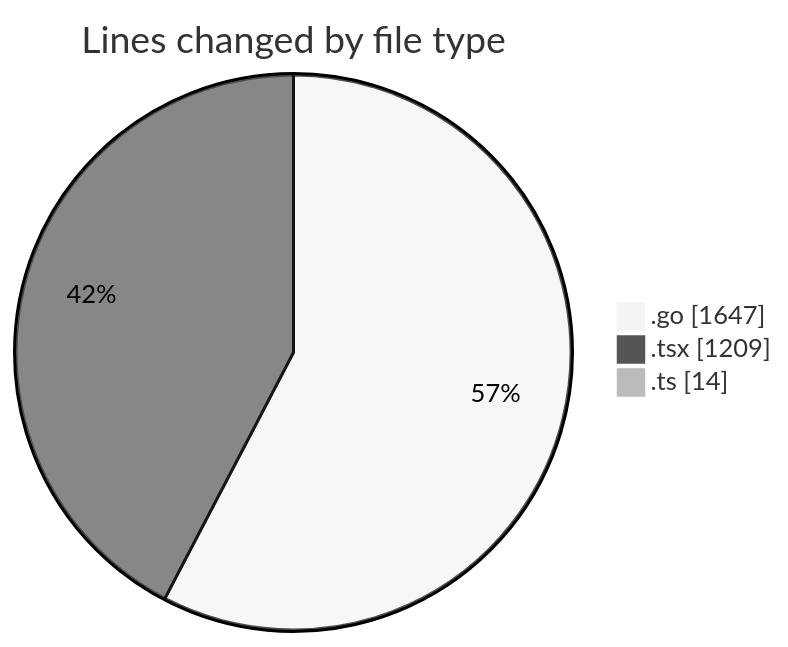
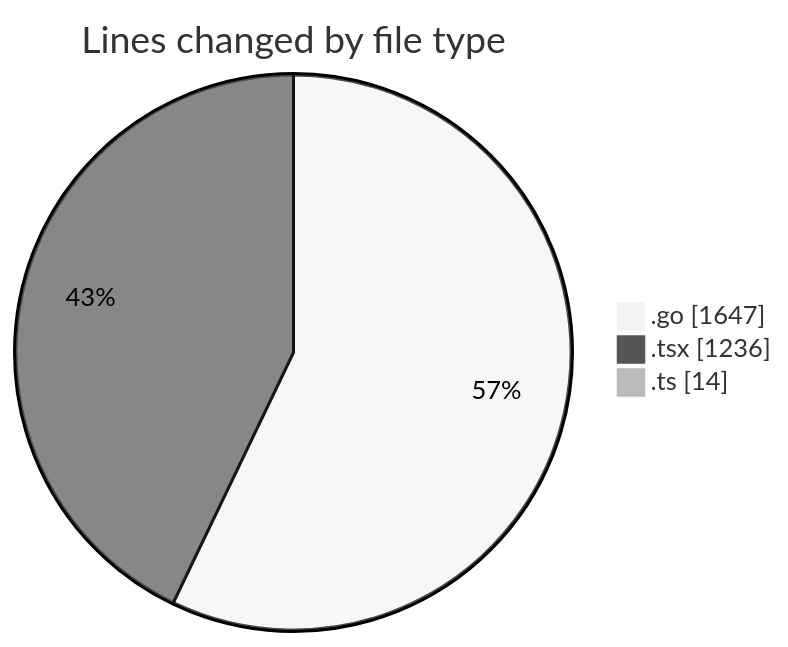
The first of 2 diagrams in 2025-03-05/termonied_testador/README.md (robertbonfada/code-tracking), drawn with Mermaid (neutral theme) before and after one commit. The commit also changed other lines of this file and 1 other file, not shown here.

````diff
--- a/2025-03-05/termonied_testador/README.md
+++ b/2025-03-05/termonied_testador/README.md
@@ -31,7 +31,7 @@
 ```mermaid
 pie showData
 title Lines changed by file type
 ".go" : 1647
-".tsx" : 1209
+".tsx" : 1236
 ".ts" : 14
 ```
````
